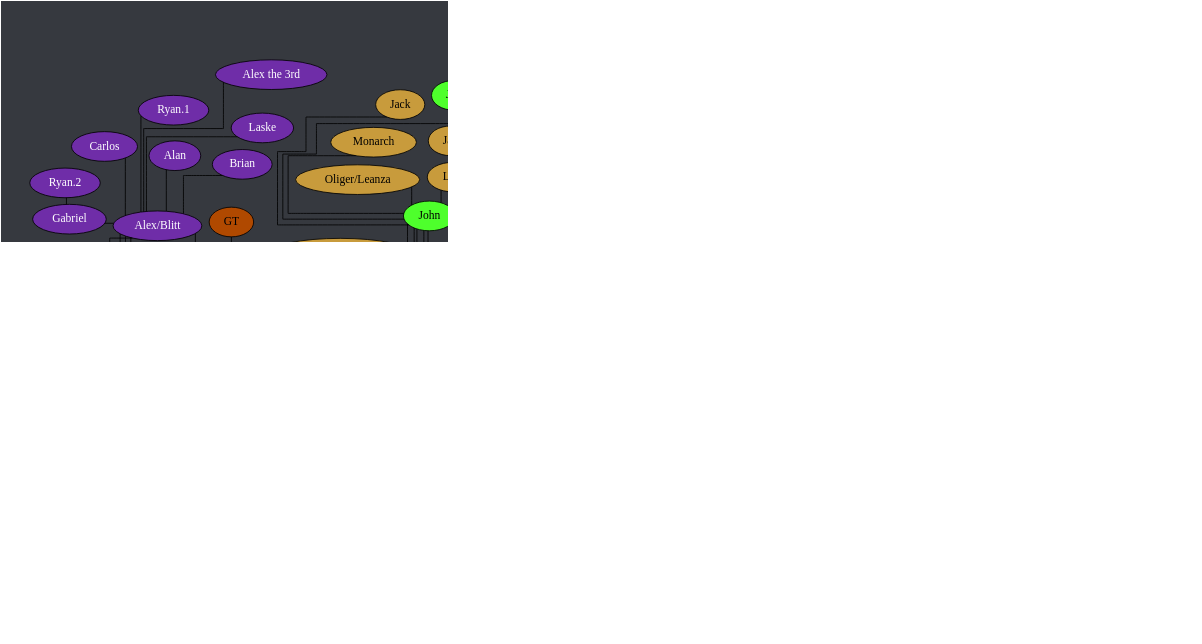
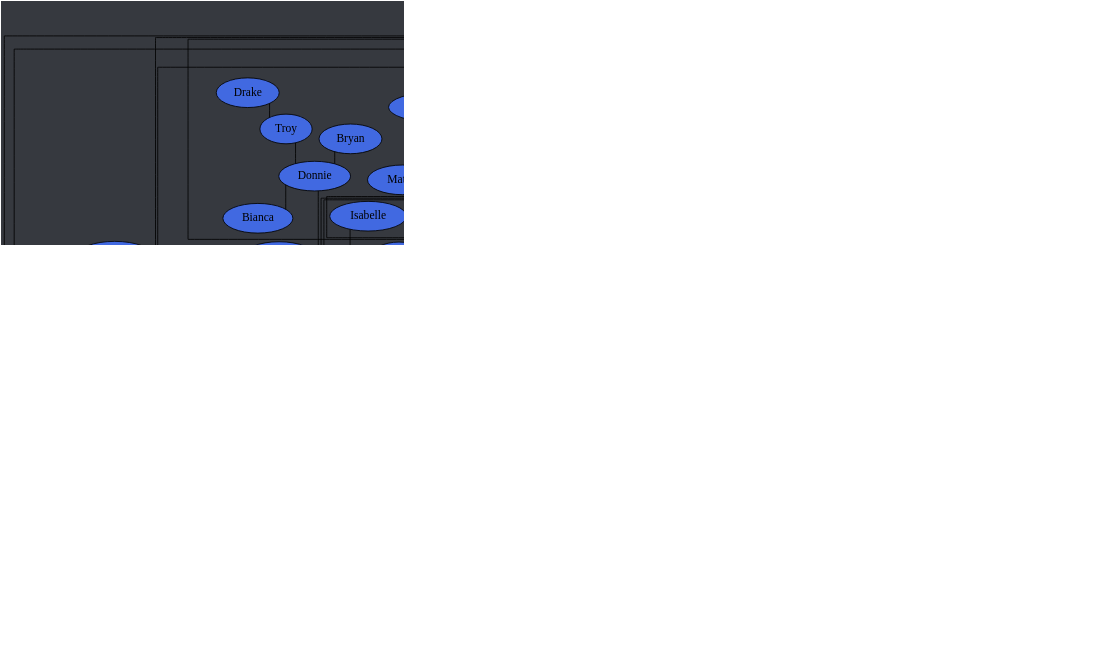
Before and after one commit to Documidas/CoronaCatzFamilyTree: the diagram in tree.dot, drawn with Graphviz. The commit also changed 1 other file, not shown here.

Commit message:
Add Bianca, Jacob

```diff
--- a/tree.dot
+++ b/tree.dot
@@ -1,178 +1,180 @@
 strict graph {
 	// Layout Configuration
 	layout = neato;
 	dpi = 200;
 	epsilon = 0.01;
 	mode = major;
 	model = subset;
 	overlap = false;
 	splines = ortho;
 	start = rand;
 
 	// Visual Configuration
 	graph [ truecolor=true bgcolor="#36393f" ];
 	node [ style=filled fillcolor="gray" fontcolor="black" ];
 
 	subgraph "Joel" {
 		node [ style=filled fillcolor="firebrick4" fontcolor="white" ];
 		Joel [ style=filled fillcolor="gold" fontcolor="black" ];
 
 		Cayla -- "Ali.2";
 		Cayla -- Jonathan;
 		Cayla -- Kate;
 		Cayla -- Ranger;
 		Joel -- Anders;
 		Joel -- Cayla;
 		Joel -- Conner;
 		Joel -- Jared;
 		Joel -- Kat;
 		Joel -- Patrick;
 		Joel -- Steven;
 	}
 
 	subgraph "Anders" {
 		node [ style=filled fillcolor="green4" fontcolor="white" ];
 		// Anders [ style=filled fillcolor="green4" fontcolor="white" ];
 
 		Anders -- Chiara;
 		Anders -- Cody;
 		Anders -- Daniel;
 		Anders -- "Derek/Yaupon";
 		Anders -- DJ;
 		Anders -- Hahnur;
 		Anders -- Jen;
 		Anders -- "Matt.2";
 		Anders -- Solis;
 		Anders -- Will;
 		Anders -- Wyatt;
 		Anders -- Zach;
 	}
 
 	subgraph "Jared" {
 		node [ style=filled fillcolor="royalblue" fontcolor="black" ];
 		// Jared [ style=filled fillcolor="royalblue" fontcolor="black" ];
 
 		Andrew -- Hannah;
 		Cole -- "Shadia/SJ";
 		Dave -- Everett;
+		Donnie -- Bianca;
 		Donnie -- Bryan;
 		Donnie -- Troy;
 		Greg -- "Ali.1";
 		Greg -- Andrew;
 		Greg -- Carter;
 		Greg -- "John Boi";
 		Greg -- Tails;
 		Greg -- Tanyon;
 		Hannah -- Raana;
 		Jared -- Brandi;
 		Jared -- Dave;
 		Jared -- Donnie;
 		Jared -- Fabi;
 		Jared -- "Jack.2";
 		Jared -- Cole;
 		Jared -- Fitz;
 		Jared -- Kamon;
 		Jared -- Greg;
 		Jared -- Isabelle;
 		Jared -- Mason;
 		Jared -- "Matt.1";
 		Jared -- Mehmet;
 		Jared -- Nam;
 		Jared -- Shannon;
 		Jared -- Spencer;
 		Jared -- Tyler;
 		Jared -- "Zach/Laniakea";
-		Jared -- "Zöe";
+		Jared -- Zoe;
 		Troy -- Drake;
 		Tyler -- Gaby;
-		"Zöe" -- Jasper;
+		Zoe -- Jasper;
+		Zoe -- Jacob;
 	}
 
 	subgraph "Zach/Laniakea" {
 		node [ style=filled fillcolor="#4eff2c" fontcolor="black" ];
 		// "Zach/Laniakea" [ style=filled fillcolor="#4eff2c" fontcolor="black" ];
 
 		"Caio.2" -- "Kyle.1";
 		"Caio.2" -- Lucas;
 		Kuri -- Drew;
 		Kuri -- Jon;
 		Kuri -- Karma;
 		"Ryan/Wenger" -- Gracie;
 		"Zach/Laniakea" -- Allen;
 		"Zach/Laniakea" -- "Caio.2";
 		"Zach/Laniakea" -- Colin;
 		"Zach/Laniakea" -- John;
 		"Zach/Laniakea" -- Logan;
 		"Zach/Laniakea" -- Kevin;
 		"Zach/Laniakea" -- Kuri;
 		"Zach/Laniakea" -- "Kyle.0";
 		"Zach/Laniakea" -- Mike;
 		"Zach/Laniakea" -- "Ryan/Wenger";
 		"Zach/Laniakea" -- "Ukko";
 	}
 
 	subgraph "John" {
 		node [ style=filled fillcolor="#c89b3c" fontcolor="black" ];
 		// John [ style=filled fillcolor="#c89b3c" fontcolor="black" ];
 
 		Haber -- "Derek/Nomad";
 		John -- Anna;
 		John -- Emily;
 		John -- Haber;
 		John -- Jay;
 		John -- Jack;
 		John -- Lara;
 		John -- Monarch;
 		John -- "Oliger/Leanza";
 		John -- Thomas;
 	}
 
 	subgraph "John-stream" {
 		// node [ style=filled fillcolor="#9147ff" fontcolor="black" ];
 		node [ style=filled fillcolor="#c89b3c" fontcolor="black" ];
 
 		John -- "Michael/Wheezy";
 	}
 
 	subgraph "Thomas" {
 		node [ style=filled fillcolor="#b04900" fontcolor="black" ];
 		// Thomas [ style=filled fillcolor="#b04900" fontcolor="black" ];
 
 		Thomas -- Alex;
 		Thomas -- Bob;
 		Thomas -- JD;
 		Thomas -- Josh;
 		Thomas -- Juan;
 		Thomas -- Michael;
 		Thomas -- Taylor;
 		Thomas -- Tony;
 		Thomas -- "Travis.1";
 		Thomas -- "Travis.2";
 		Tony -- GT;
 	}
 
 	subgraph "Alex" {
 		node [ style=filled fillcolor="#6f2da8" fontcolor="white" ];
 		// Alex [ style=filled fillcolor="#6f2da8" fontcolor="black" ];
 
 		Alex -- "Alex/Blitt";
 		Alex -- "Da'Von";
 		Alex -- Sam;
 		"Alex/Blitt" -- Alan;
 		"Alex/Blitt" -- "Alex the 3rd";
 		"Alex/Blitt" -- Brian;
 		"Alex/Blitt" -- Carlos;
 		"Alex/Blitt" -- Chris;
 		"Alex/Blitt" -- Frank;
 		"Alex/Blitt" -- Gabriel;
 		"Alex/Blitt" -- "Kyle.3";
 		"Alex/Blitt" -- Laske;
 		"Alex/Blitt" -- "Ryan.1";
 		"Alex/Blitt" -- "Sam.2";
 		"Da'Von" -- Dalton;
 		"Da'Von" -- Dalyn;
 		"Da'Von" -- Zeller;
 		Dalton -- Graysen;
 		Gabriel -- "Ryan.2";
 	}
 }
```
